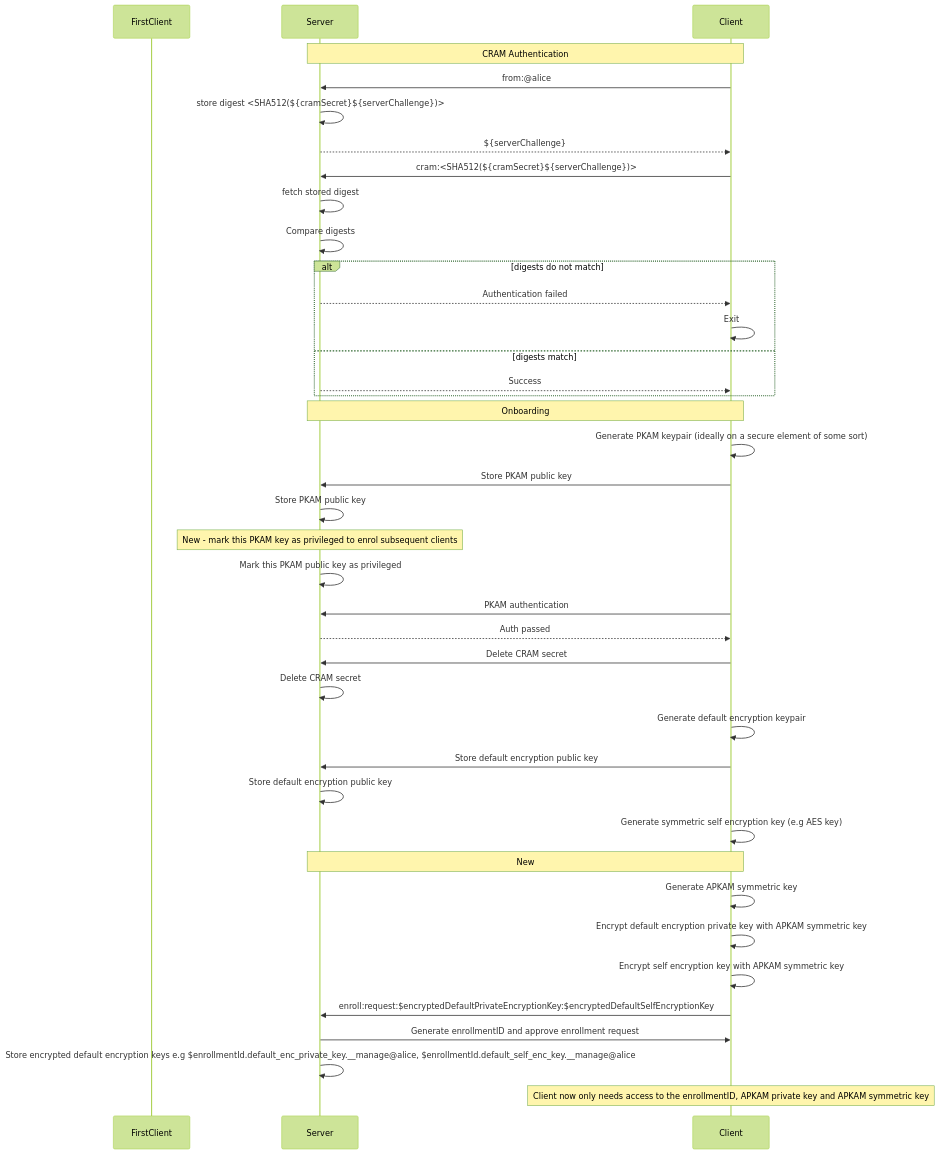
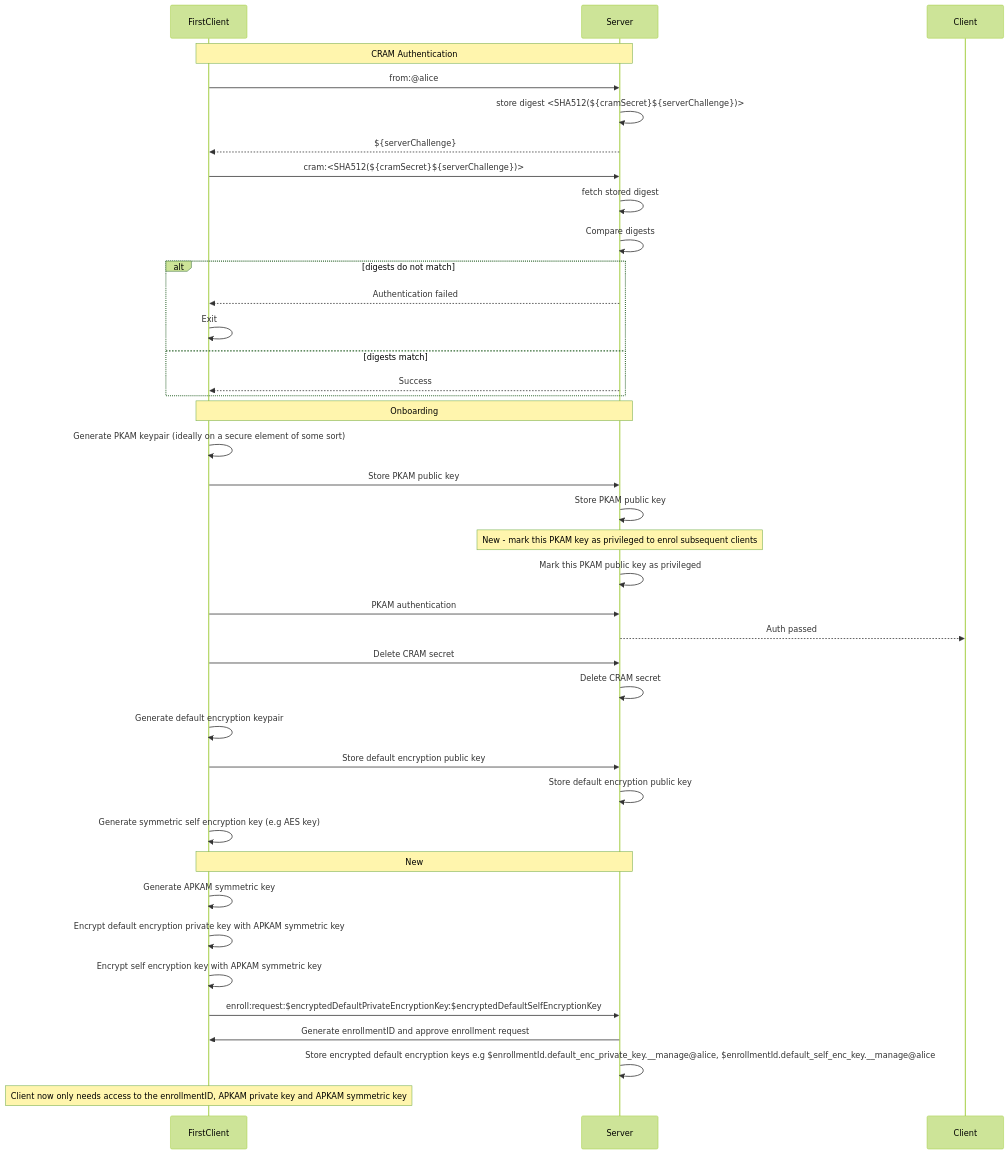
Before and after one commit to atsign-foundation/at_protocol: the second of 3 diagrams in decisions/2023-01-pkam-per-app-and-device.md, drawn with Mermaid (forest theme).

Commit message:
fix: change Client to FirstClient in sequence flow

````diff
--- a/decisions/2023-01-pkam-per-app-and-device.md
+++ b/decisions/2023-01-pkam-per-app-and-device.md
@@ -335,43 +335,43 @@
 ```mermaid
 sequenceDiagram
     participant FirstClient
     participant Server
 
-    note over Client,Server: CRAM Authentication
+    note over FirstClient,Server: CRAM Authentication
 
-    Client->>Server: from:@alice
+    FirstClient->>Server: from:@alice
     Server->>Server: store digest <SHA512(${cramSecret}${serverChallenge})>
-    Server-->>Client: ${serverChallenge}
-    Client->>Server: cram:<SHA512(${cramSecret}${serverChallenge})>
+    Server-->>FirstClient: ${serverChallenge}
+    FirstClient->>Server: cram:<SHA512(${cramSecret}${serverChallenge})>
     Server->>Server: fetch stored digest
     Server->>Server: Compare digests
     alt digests do not match
-        Server-->>Client: Authentication failed
-        Client->>Client: Exit
+        Server-->>FirstClient: Authentication failed
+        FirstClient->>FirstClient: Exit
     else digests match
-        Server-->>Client: Success
+        Server-->>FirstClient: Success
     end
 
-    note over Client,Server: Onboarding
-    Client->>Client: Generate PKAM keypair (ideally on a secure element of some sort)
-    Client->>Server: Store PKAM public key
+    note over FirstClient,Server: Onboarding
+    FirstClient->>FirstClient: Generate PKAM keypair (ideally on a secure element of some sort)
+    FirstClient->>Server: Store PKAM public key
     Server->>Server: Store PKAM public key
     note over Server: New - mark this PKAM key as privileged to enrol subsequent clients
     Server->>Server: Mark this PKAM public key as privileged
-    Client->>Server: PKAM authentication
+    FirstClient->>Server: PKAM authentication
     Server-->>Client: Auth passed
-    Client->>Server: Delete CRAM secret
+    FirstClient->>Server: Delete CRAM secret
     Server->>Server: Delete CRAM secret
-    Client->>Client: Generate default encryption keypair
-    Client->>Server: Store default encryption public key
+    FirstClient->>FirstClient: Generate default encryption keypair
+    FirstClient->>Server: Store default encryption public key
     Server->>Server: Store default encryption public key
-    Client->>Client: Generate symmetric self encryption key (e.g AES key)
-    note over Client,Server: New
-    Client->>Client: Generate APKAM symmetric key     
-    Client->>Client: Encrypt default encryption private key with APKAM symmetric key
-    Client->>Client: Encrypt self encryption key with APKAM symmetric key
-    Client->>Server: enroll:request:$encryptedDefaultPrivateEncryptionKey:$encryptedDefaultSelfEncryptionKey
-    Server->>Client: Generate enrollmentID and approve enrollment request 
+    FirstClient->>FirstClient: Generate symmetric self encryption key (e.g AES key)
+    note over FirstClient,Server: New
+    FirstClient->>FirstClient: Generate APKAM symmetric key     
+    FirstClient->>FirstClient: Encrypt default encryption private key with APKAM symmetric key
+    FirstClient->>FirstClient: Encrypt self encryption key with APKAM symmetric key
+    FirstClient->>Server: enroll:request:$encryptedDefaultPrivateEncryptionKey:$encryptedDefaultSelfEncryptionKey
+    Server->>FirstClient: Generate enrollmentID and approve enrollment request 
     Server->>Server: Store encrypted default encryption keys e.g $enrollmentId.default_enc_private_key.__manage@alice, $enrollmentId.default_self_enc_key.__manage@alice
-    note over Client: Client now only needs access to the enrollmentID, APKAM private key and APKAM symmetric key 
+    note over FirstClient: Client now only needs access to the enrollmentID, APKAM private key and APKAM symmetric key 
 ```
````
